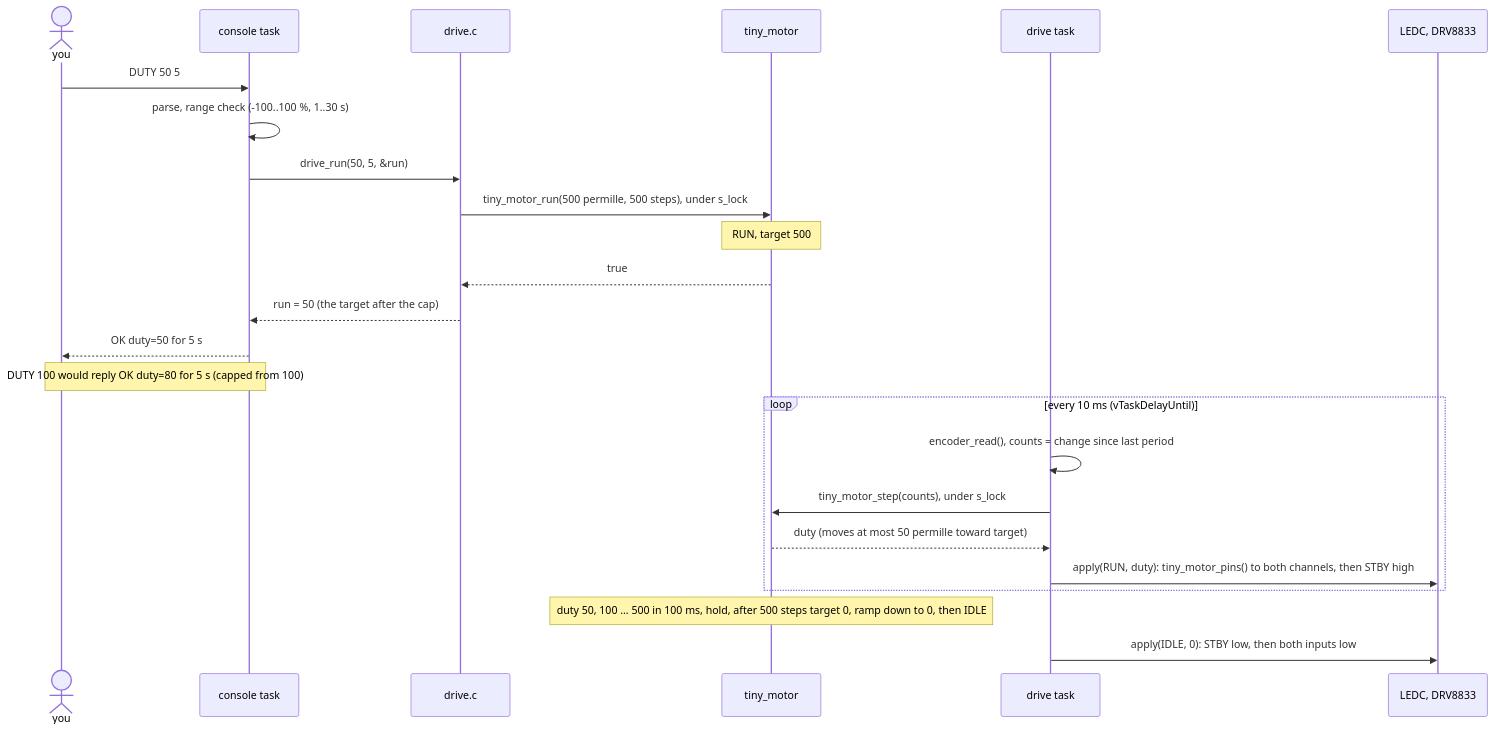
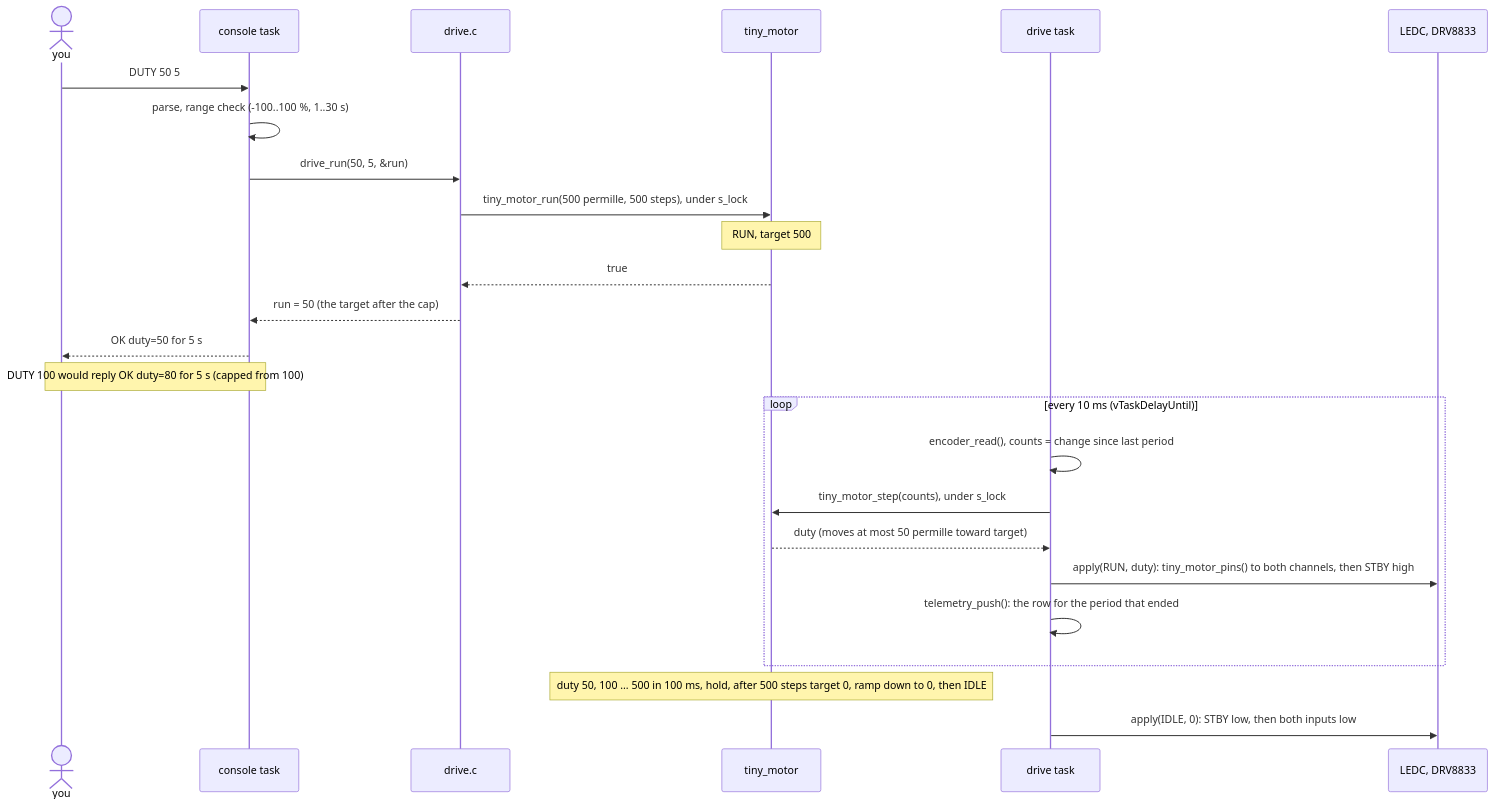
Before and after one commit to shanirub/tiny-ecus: the third of 5 diagrams in firmware/wheel_node/README.md, drawn with Mermaid. The commit also changed other lines of this file and 16 other files, not shown here.

````diff
--- a/firmware/wheel_node/README.md
+++ b/firmware/wheel_node/README.md
@@ -60,27 +81,28 @@
 ```mermaid
 sequenceDiagram
     actor you
     participant console as console task
     participant drive as drive.c
     participant motor as tiny_motor
     participant task as drive task
     participant hw as LEDC, DRV8833
 
     you->>console: DUTY 50 5
     console->>console: parse, range check (-100..100 %, 1..30 s)
     console->>drive: drive_run(50, 5, &run)
     drive->>motor: tiny_motor_run(500 permille, 500 steps), under s_lock
     Note over motor: RUN, target 500
     motor-->>drive: true
     drive-->>console: run = 50 (the target after the cap)
     console-->>you: OK duty=50 for 5 s
     Note over you,console: DUTY 100 would reply OK duty=80 for 5 s (capped from 100)
     loop every 10 ms (vTaskDelayUntil)
         task->>task: encoder_read(), counts = change since last period
         task->>motor: tiny_motor_step(counts), under s_lock
         motor-->>task: duty (moves at most 50 permille toward target)
         task->>hw: apply(RUN, duty): tiny_motor_pins() to both channels, then STBY high
+        task->>task: telemetry_push(): the row for the period that ended
     end
     Note over motor: duty 50, 100 ... 500 in 100 ms, hold, after 500 steps target 0, ramp down to 0, then IDLE
     task->>hw: apply(IDLE, 0): STBY low, then both inputs low
 ```
````
